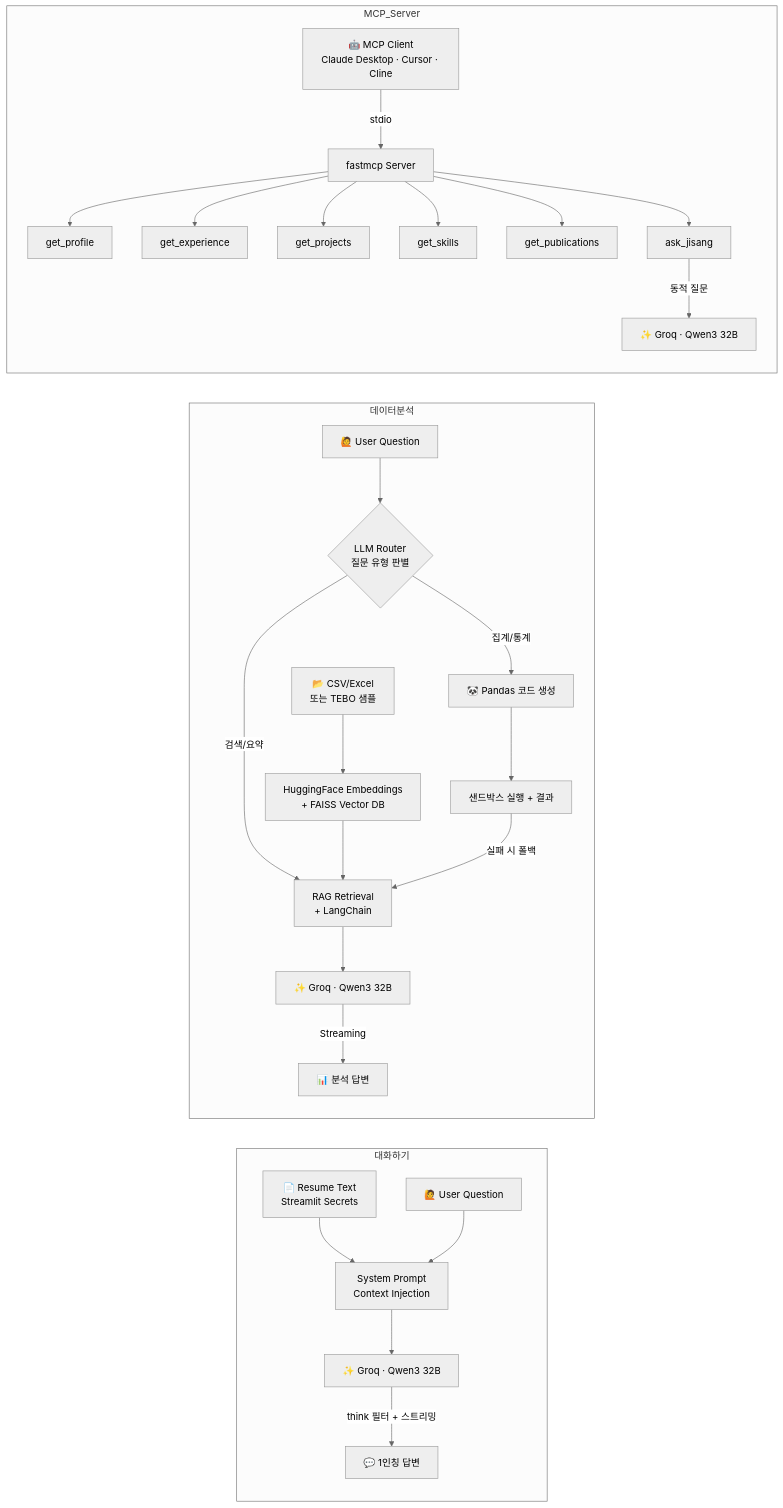
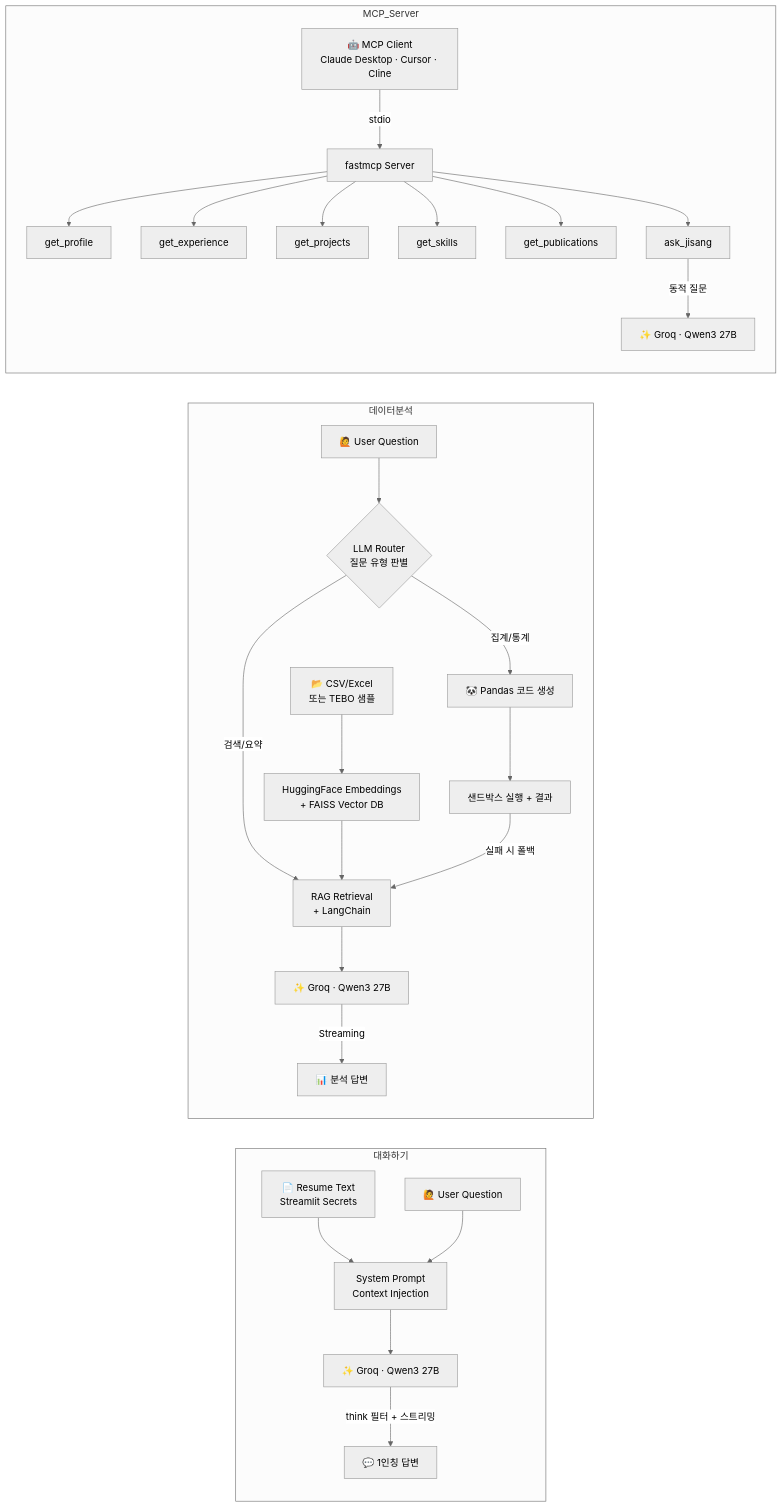
The diagram in README.md (jisangfolio/jisangfolio), drawn with Mermaid (neutral theme) before and after one commit. The commit also changed other lines of this file and 14 other files, not shown here.

````diff
--- a/README.md
+++ b/README.md
@@ -95,32 +95,32 @@
 ```mermaid
 graph LR
     subgraph 대화하기
         A[📄 Resume Text\nStreamlit Secrets] --> B[System Prompt\nContext Injection]
         C[🙋 User Question] --> B
-        B --> D[✨ Groq · Qwen3 32B]
+        B --> D[✨ Groq · Qwen3 27B]
         D -->|think 필터 + 스트리밍| E[💬 1인칭 답변]
     end
 
     subgraph 데이터분석
         F[📂 CSV/Excel\n또는 TEBO 샘플] --> G[HuggingFace Embeddings\n+ FAISS Vector DB]
         H[🙋 User Question] --> L{LLM Router\n질문 유형 판별}
         L -->|집계/통계| M[🐼 Pandas 코드 생성]
         M --> N[샌드박스 실행 + 결과]
         L -->|검색/요약| I[RAG Retrieval\n+ LangChain]
         G --> I
-        I --> J[✨ Groq · Qwen3 32B]
+        I --> J[✨ Groq · Qwen3 27B]
         J -->|Streaming| K[📊 분석 답변]
         N -->|실패 시 폴백| I
     end
 
     subgraph MCP_Server
         P[🤖 MCP Client\nClaude Desktop · Cursor · Cline] -->|stdio| Q[fastmcp Server]
         Q --> R1[get_profile]
         Q --> R2[get_experience]
         Q --> R3[get_projects]
         Q --> R4[get_skills]
         Q --> R5[get_publications]
         Q --> R6[ask_jisang]
-        R6 -->|동적 질문| D2[✨ Groq · Qwen3 32B]
+        R6 -->|동적 질문| D2[✨ Groq · Qwen3 27B]
     end
 ```
````
